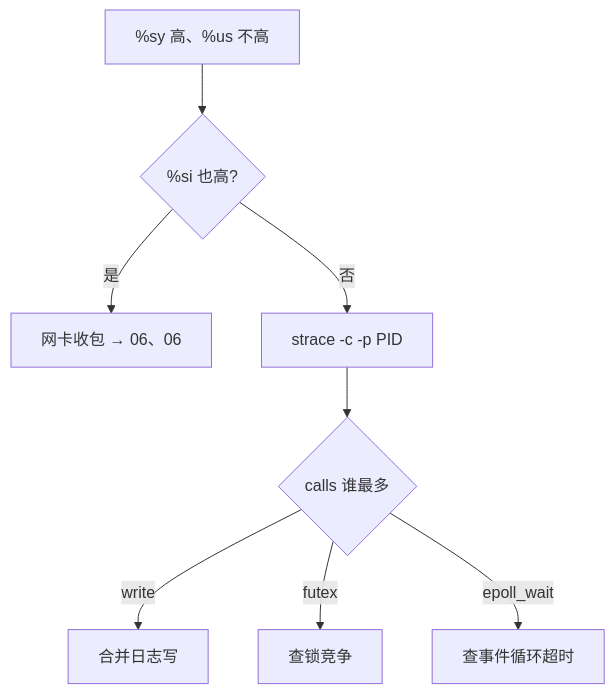
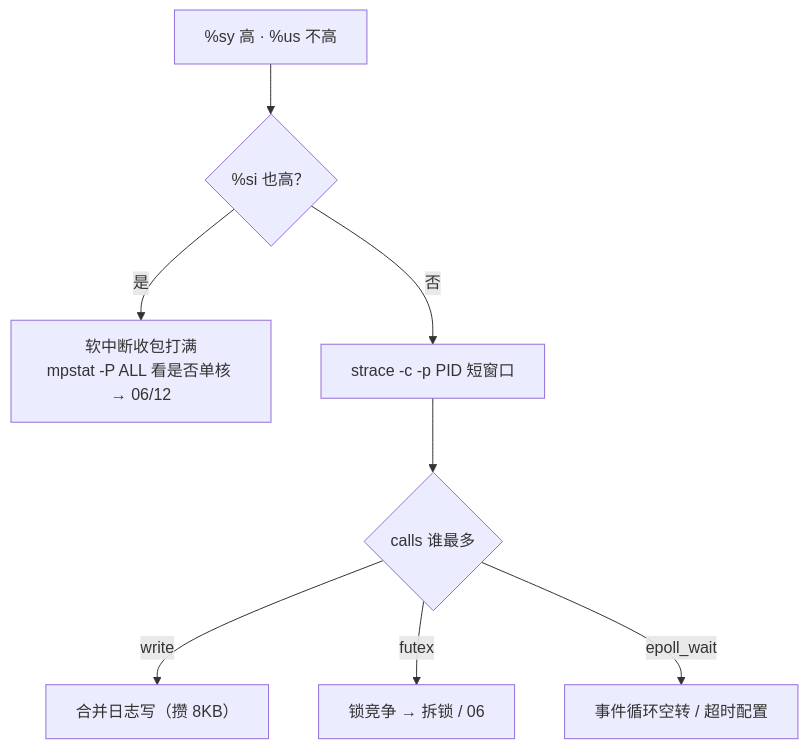
The fifth of 9 diagrams in 01-基础底座/04-内核与系统/知识点.md (ml-cuizijun/LearnToLilith), drawn with Mermaid before and after one commit. The commit also changed other lines of this file and 470 other files, not shown here.

````diff
--- a/01-基础底座/04-内核与系统/知识点.md
+++ b/01-基础底座/04-内核与系统/知识点.md
@@ -635,10 +212,10 @@
 ```mermaid
 flowchart TB
-    A["%sy 高、%us 不高"] --> B{%si 也高?}
-    B -->|是| C[网卡收包 → 06、06]
-    B -->|否| D[strace -c -p PID]
-    D --> E{calls 谁最多}
-    E -->|write| F[合并日志写]
-    E -->|futex| G[查锁竞争]
-    E -->|epoll_wait| H[查事件循环超时]
+    A["%sy 高 · %us 不高"] --> B{"%si 也高？"}
+    B -->|是| C["软中断收包打满<br/>mpstat -P ALL 看是否单核 → 06/12"]
+    B -->|否| D["strace -c -p PID 短窗口"]
+    D --> E{"calls 谁最多"}
+    E -->|write| F["合并日志写（攒 8KB）"]
+    E -->|futex| G["锁竞争 → 拆锁 / 06"]
+    E -->|epoll_wait| H["事件循环空转 / 超时配置"]
 ```
````
